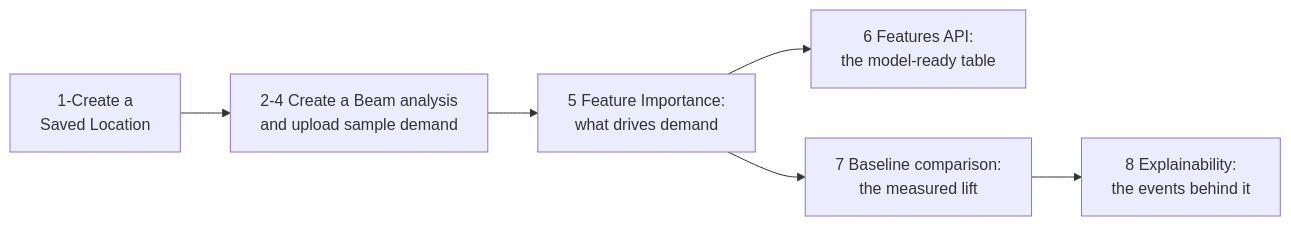
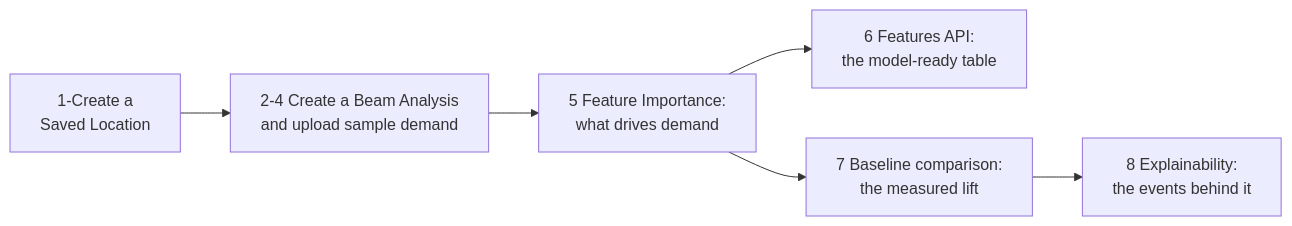
Before and after one commit to predicthq/gitbook-tech-docs: the diagram in docs/tech-docs/getting-started/tutorials/measure-the-forecast-lift.md, drawn with Mermaid. The commit also changed other lines of this file and 2 other files, not shown here.

Commit message:
Verify tutorial step 6 against live API, fix Beam Analysis capitalization, point AGENTS.md at styleguide

````diff
--- a/docs/tech-docs/getting-started/tutorials/measure-the-forecast-lift.md
+++ b/docs/tech-docs/getting-started/tutorials/measure-the-forecast-lift.md
@@ -14,8 +14,8 @@
 ```mermaid
 flowchart LR
-    A["1-Create a<br>Saved Location"] --> B["2-4 Create a Beam analysis<br>and upload sample demand"]
+    A["1-Create a<br>Saved Location"] --> B["2-4 Create a Beam Analysis<br>and upload sample demand"]
     B --> C["5 Feature Importance:<br>what drives demand"]
     C --> D["6 Features API:<br>the model-ready table"]
     C --> E["7 Baseline comparison:<br>the measured lift"]
     E --> F["8 Explainability:<br>the events behind it"]
 ```
````
